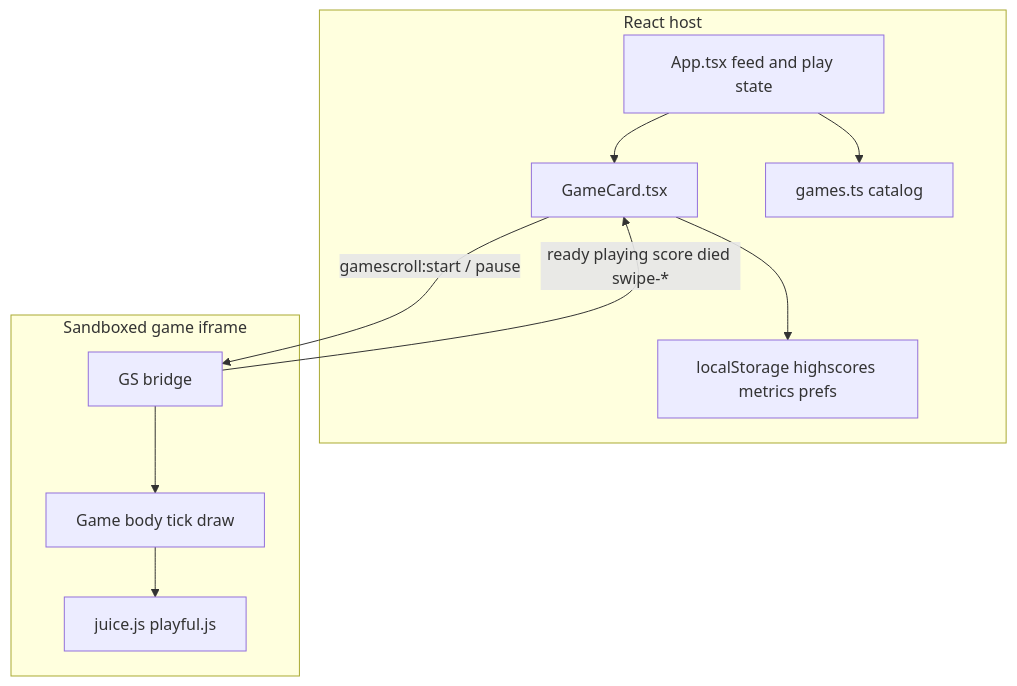
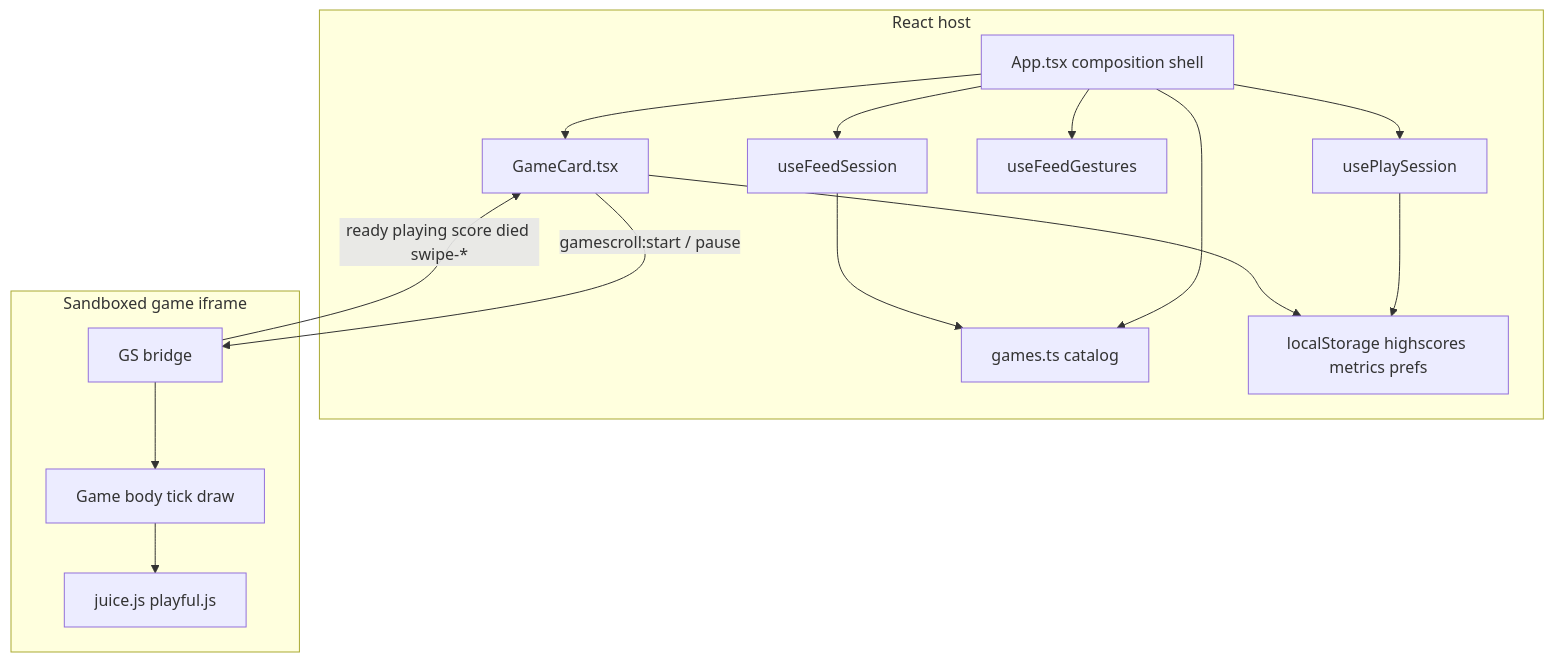
The diagram in docs/WEBAPP.md (dasali-jenario/gamescroll), drawn with Mermaid before and after one commit. The commit also changed other lines of this file and 8 other files, not shown here.

First line of the commit message:
Split App into feed, play, and gesture hooks.

````diff
--- a/docs/WEBAPP.md
+++ b/docs/WEBAPP.md
@@ -45,23 +45,31 @@
 ```mermaid
 flowchart TB
   subgraph host [React host]
-    App[App.tsx feed and play state]
+    App[App.tsx composition shell]
+    Feed[useFeedSession]
+    Play[usePlaySession]
+    Gestures[useFeedGestures]
     Card[GameCard.tsx]
     Catalog[games.ts catalog]
     Store[localStorage highscores metrics prefs]
+    App --> Feed
+    App --> Play
+    App --> Gestures
     App --> Card
     App --> Catalog
+    Feed --> Catalog
+    Play --> Store
     Card --> Store
   end
 
   subgraph iframe [Sandboxed game iframe]
     Bridge[GS bridge]
     Body[Game body tick draw]
     Juice[juice.js playful.js]
     Bridge --> Body
     Body --> Juice
   end
 
   Card -->|"gamescroll:start / pause"| Bridge
   Bridge -->|"ready playing score died swipe-*"| Card
 ```
````
